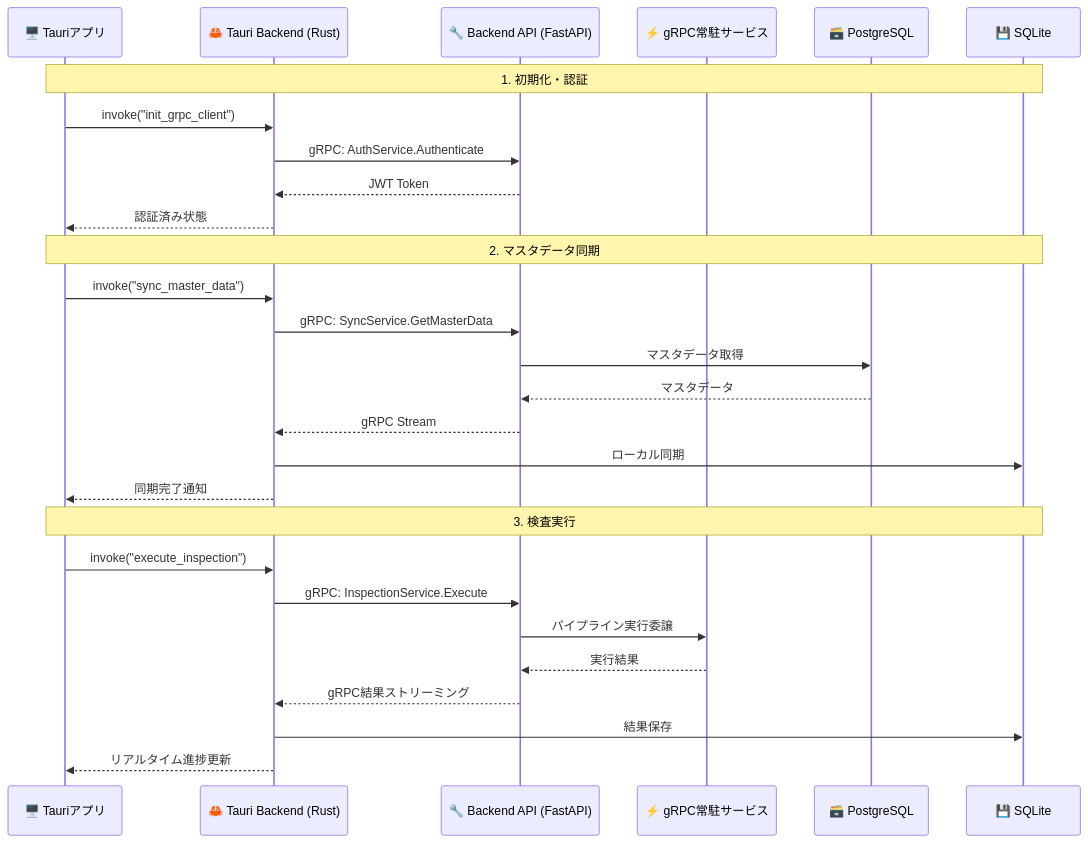
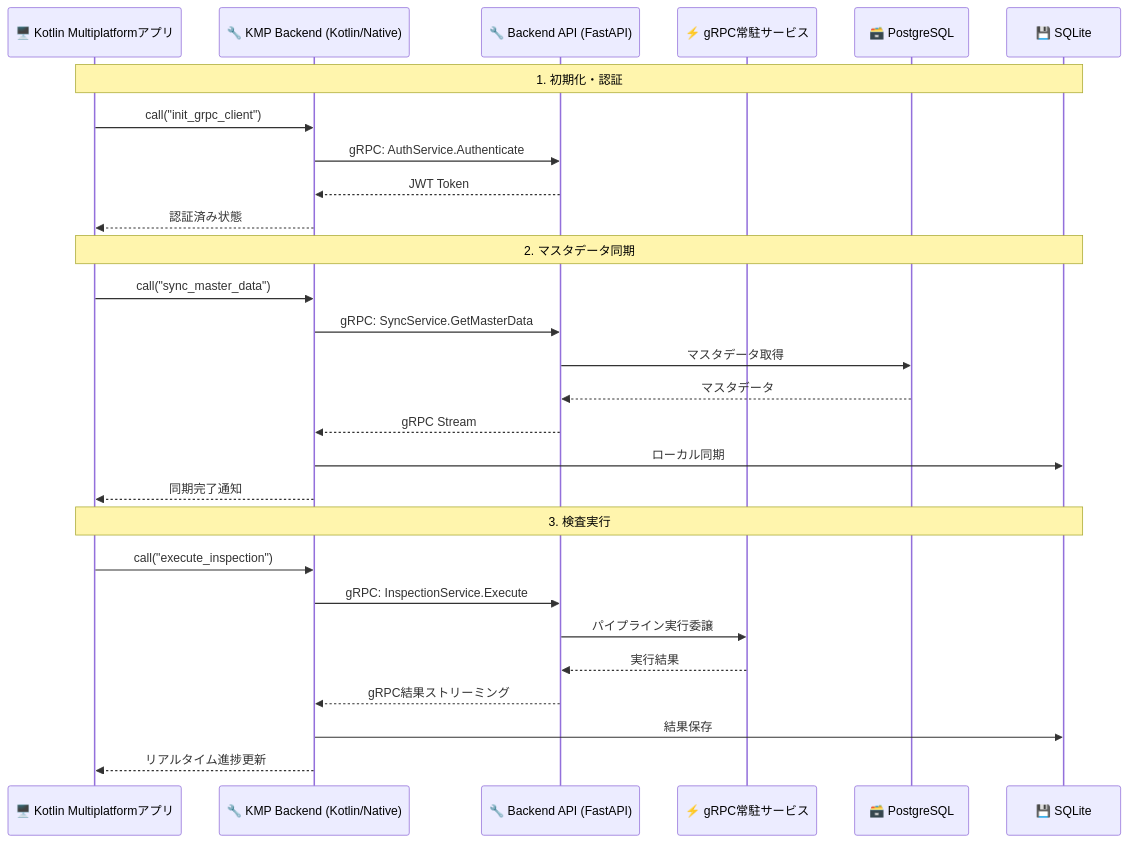
Before and after one commit to daichiTAAA/ImageFlowCanvas: the fourth of 11 diagrams in docs/0300_設計_アプローチ1/0304_API設計.md, drawn with Mermaid. The commit also changed other lines of this file and 64 other files, not shown here.

````diff
--- a/docs/0300_設計_アプローチ1/0304_API設計.md
+++ b/docs/0300_設計_アプローチ1/0304_API設計.md
@@ -823,33 +1451,33 @@
 ```mermaid
 sequenceDiagram
-    participant TauriApp as 🖥️ Tauriアプリ
-    participant TauriBackend as 🦀 Tauri Backend (Rust)
+    participant KmpApp as 🖥️ Kotlin Multiplatformアプリ
+    participant KmpBackend as 🔧 KMP Backend (Kotlin/Native)
     participant BackendAPI as 🔧 Backend API (FastAPI)
     participant gRPCServices as ⚡ gRPC常駐サービス
     participant PostgreSQL as 🗃️ PostgreSQL
     participant SQLite as 💾 SQLite
 
-    Note over TauriApp, SQLite: 1. 初期化・認証
-    TauriApp->>TauriBackend: invoke("init_grpc_client")
-    TauriBackend->>BackendAPI: gRPC: AuthService.Authenticate
-    BackendAPI-->>TauriBackend: JWT Token
-    TauriBackend-->>TauriApp: 認証済み状態
+    Note over KmpApp, SQLite: 1. 初期化・認証
+    KmpApp->>KmpBackend: call("init_grpc_client")
+    KmpBackend->>BackendAPI: gRPC: AuthService.Authenticate
+    BackendAPI-->>KmpBackend: JWT Token
+    KmpBackend-->>KmpApp: 認証済み状態
 
-    Note over TauriApp, SQLite: 2. マスタデータ同期
-    TauriApp->>TauriBackend: invoke("sync_master_data")
-    TauriBackend->>BackendAPI: gRPC: SyncService.GetMasterData
+    Note over KmpApp, SQLite: 2. マスタデータ同期
+    KmpApp->>KmpBackend: call("sync_master_data")
+    KmpBackend->>BackendAPI: gRPC: SyncService.GetMasterData
     BackendAPI->>PostgreSQL: マスタデータ取得
     PostgreSQL-->>BackendAPI: マスタデータ
-    BackendAPI-->>TauriBackend: gRPC Stream
-    TauriBackend->>SQLite: ローカル同期
-    TauriBackend-->>TauriApp: 同期完了通知
+    BackendAPI-->>KmpBackend: gRPC Stream
+    KmpBackend->>SQLite: ローカル同期
+    KmpBackend-->>KmpApp: 同期完了通知
 
-    Note over TauriApp, SQLite: 3. 検査実行
-    TauriApp->>TauriBackend: invoke("execute_inspection")
-    TauriBackend->>BackendAPI: gRPC: InspectionService.Execute
+    Note over KmpApp, SQLite: 3. 検査実行
+    KmpApp->>KmpBackend: call("execute_inspection")
+    KmpBackend->>BackendAPI: gRPC: InspectionService.Execute
     BackendAPI->>gRPCServices: パイプライン実行委譲
     gRPCServices-->>BackendAPI: 実行結果
-    BackendAPI-->>TauriBackend: gRPC結果ストリーミング
-    TauriBackend->>SQLite: 結果保存
-    TauriBackend-->>TauriApp: リアルタイム進捗更新
+    BackendAPI-->>KmpBackend: gRPC結果ストリーミング
+    KmpBackend->>SQLite: 結果保存
+    KmpBackend-->>KmpApp: リアルタイム進捗更新
 ```
````
